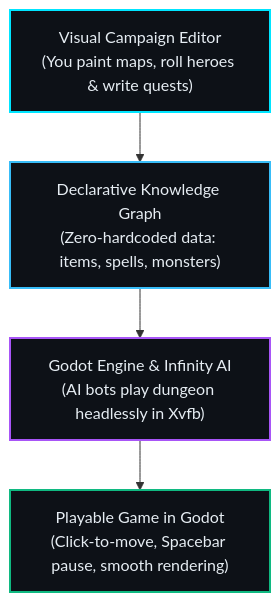
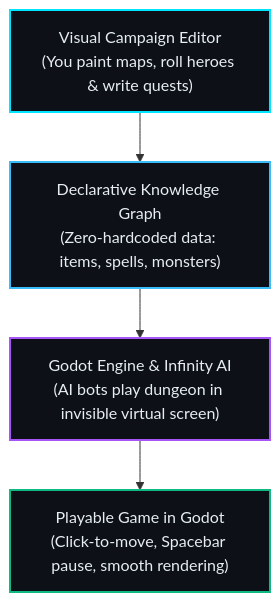
Before and after one commit to nddipiazza/robos: the diagram in docs/training/for-non-developers/06-project-crpg-realm-game.md, drawn with Mermaid. The commit also changed other lines of this file and 8 other files, not shown here.

````diff
--- a/docs/training/for-non-developers/06-project-crpg-realm-game.md
+++ b/docs/training/for-non-developers/06-project-crpg-realm-game.md
@@ -40,11 +40,11 @@
 ```mermaid
 graph TD
     A["Visual Campaign Editor<br/>(You paint maps, roll heroes & write quests)"] --> B["Declarative Knowledge Graph<br/>(Zero-hardcoded data: items, spells, monsters)"]
-    B --> C["Godot Engine & Infinity AI<br/>(AI bots play dungeon headlessly in Xvfb)"]
+    B --> C["Godot Engine & Infinity AI<br/>(AI bots play dungeon in invisible virtual screen)"]
     C --> D["Playable Game in Godot<br/>(Click-to-move, Spacebar pause, smooth rendering)"]
     
     style A fill:#0d1117,stroke:#00e5ff,stroke-width:2px,color:#e6edf3
     style B fill:#0d1117,stroke:#38bdf8,stroke-width:2px,color:#e6edf3
     style C fill:#0d1117,stroke:#a855f7,stroke-width:2px,color:#e6edf3
     style D fill:#0d1117,stroke:#10b981,stroke-width:2px,color:#e6edf3
 ```
````
